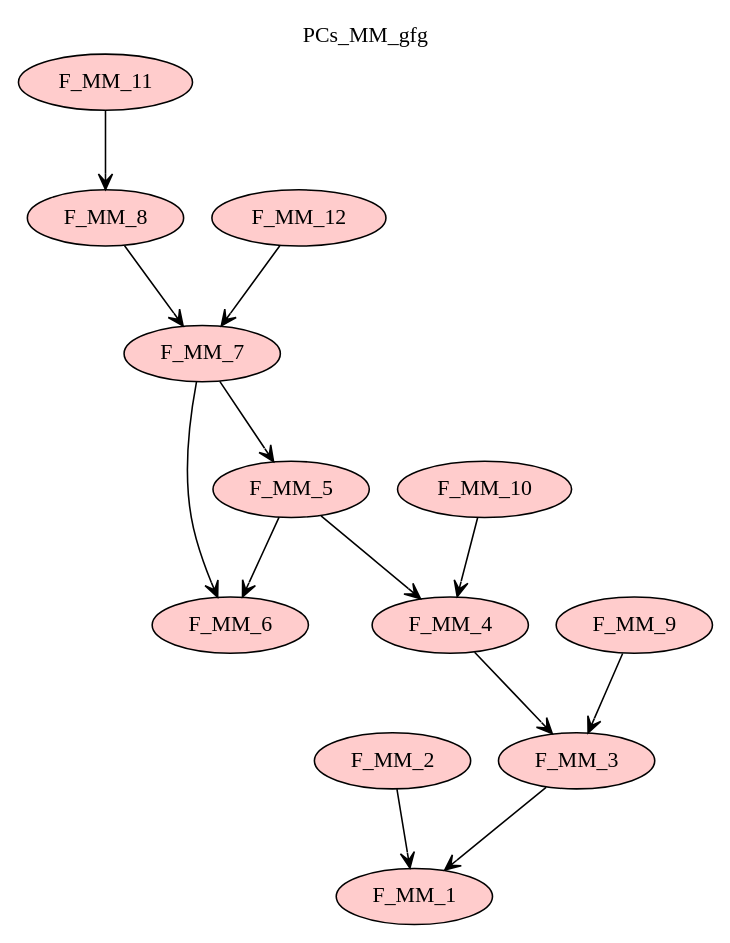
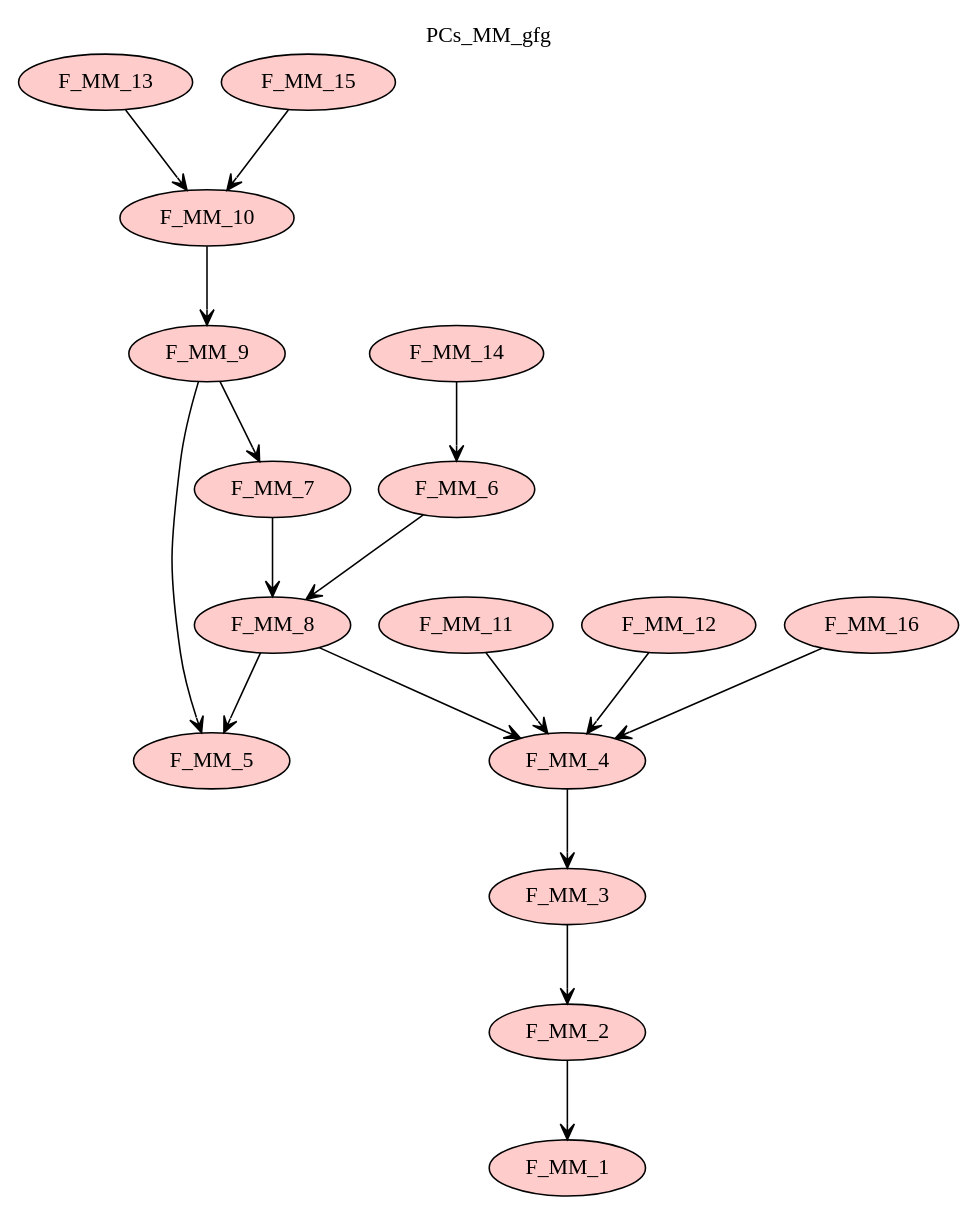
The diagram in Haskell/PCs/MM/img/PCs_MM_gfg.gv (namalio/Fragmenta), drawn with Graphviz before and after one commit. The commit also changed 304 other files, not shown here.

```diff
--- a/Haskell/PCs/MM/img/PCs_MM_gfg.gv
+++ b/Haskell/PCs/MM/img/PCs_MM_gfg.gv
@@ -1,27 +1,35 @@
 digraph {graph[label=PCs_MM_gfg,labelloc=tl,labelfontsize=12];
 "F_MM_1"[shape=oval,fillcolor="#FFCCCC",style ="filled",label="F_MM_1"];
 "F_MM_2"[shape=oval,fillcolor="#FFCCCC",style ="filled",label="F_MM_2"];
 "F_MM_3"[shape=oval,fillcolor="#FFCCCC",style ="filled",label="F_MM_3"];
 "F_MM_4"[shape=oval,fillcolor="#FFCCCC",style ="filled",label="F_MM_4"];
 "F_MM_5"[shape=oval,fillcolor="#FFCCCC",style ="filled",label="F_MM_5"];
 "F_MM_6"[shape=oval,fillcolor="#FFCCCC",style ="filled",label="F_MM_6"];
 "F_MM_7"[shape=oval,fillcolor="#FFCCCC",style ="filled",label="F_MM_7"];
 "F_MM_8"[shape=oval,fillcolor="#FFCCCC",style ="filled",label="F_MM_8"];
 "F_MM_9"[shape=oval,fillcolor="#FFCCCC",style ="filled",label="F_MM_9"];
 "F_MM_10"[shape=oval,fillcolor="#FFCCCC",style ="filled",label="F_MM_10"];
 "F_MM_11"[shape=oval,fillcolor="#FFCCCC",style ="filled",label="F_MM_11"];
 "F_MM_12"[shape=oval,fillcolor="#FFCCCC",style ="filled",label="F_MM_12"];
+"F_MM_13"[shape=oval,fillcolor="#FFCCCC",style ="filled",label="F_MM_13"];
+"F_MM_14"[shape=oval,fillcolor="#FFCCCC",style ="filled",label="F_MM_14"];
+"F_MM_15"[shape=oval,fillcolor="#FFCCCC",style ="filled",label="F_MM_15"];
+"F_MM_16"[shape=oval,fillcolor="#FFCCCC",style ="filled",label="F_MM_16"];
 
 "F_MM_2"->"F_MM_1"[label=" ",dir=forward,arrowhead=vee];
-"F_MM_3"->"F_MM_1"[label=" ",dir=forward,arrowhead=vee];
+"F_MM_3"->"F_MM_2"[label=" ",dir=forward,arrowhead=vee];
 "F_MM_4"->"F_MM_3"[label=" ",dir=forward,arrowhead=vee];
-"F_MM_5"->"F_MM_4"[label=" ",dir=forward,arrowhead=vee];
-"F_MM_5"->"F_MM_6"[label=" ",dir=forward,arrowhead=vee];
-"F_MM_7"->"F_MM_5"[label=" ",dir=forward,arrowhead=vee];
-"F_MM_7"->"F_MM_6"[label=" ",dir=forward,arrowhead=vee];
-"F_MM_8"->"F_MM_7"[label=" ",dir=forward,arrowhead=vee];
-"F_MM_9"->"F_MM_3"[label=" ",dir=forward,arrowhead=vee];
-"F_MM_10"->"F_MM_4"[label=" ",dir=forward,arrowhead=vee];
-"F_MM_11"->"F_MM_8"[label=" ",dir=forward,arrowhead=vee];
-"F_MM_12"->"F_MM_7"[label=" ",dir=forward,arrowhead=vee];
+"F_MM_6"->"F_MM_8"[label=" ",dir=forward,arrowhead=vee];
+"F_MM_7"->"F_MM_8"[label=" ",dir=forward,arrowhead=vee];
+"F_MM_9"->"F_MM_7"[label=" ",dir=forward,arrowhead=vee];
+"F_MM_8"->"F_MM_4"[label=" ",dir=forward,arrowhead=vee];
+"F_MM_8"->"F_MM_5"[label=" ",dir=forward,arrowhead=vee];
+"F_MM_9"->"F_MM_5"[label=" ",dir=forward,arrowhead=vee];
+"F_MM_10"->"F_MM_9"[label=" ",dir=forward,arrowhead=vee];
+"F_MM_11"->"F_MM_4"[label=" ",dir=forward,arrowhead=vee];
+"F_MM_12"->"F_MM_4"[label=" ",dir=forward,arrowhead=vee];
+"F_MM_13"->"F_MM_10"[label=" ",dir=forward,arrowhead=vee];
+"F_MM_14"->"F_MM_6"[label=" ",dir=forward,arrowhead=vee];
+"F_MM_15"->"F_MM_10"[label=" ",dir=forward,arrowhead=vee];
+"F_MM_16"->"F_MM_4"[label=" ",dir=forward,arrowhead=vee];
 }
```
